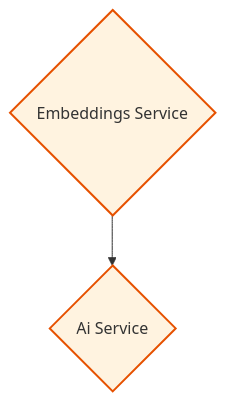
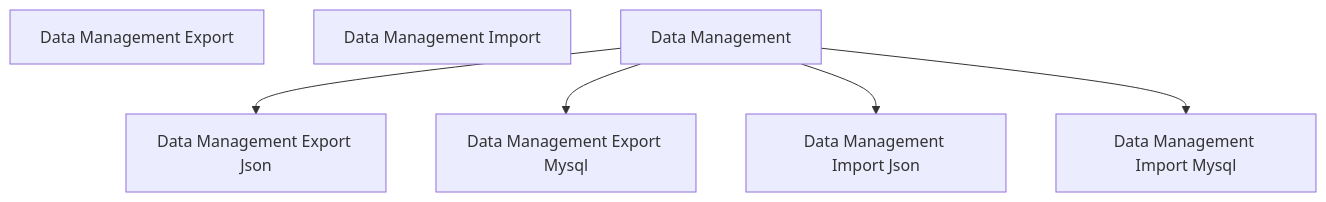
Before and after one commit to rpnunez/wp-ai-scheduler: diagram 14 of 19 in docs/feature-report.md, drawn with Mermaid. The commit also changed other lines of this file and 2 other files, not shown here.

````diff
--- a/docs/feature-report.md
+++ b/docs/feature-report.md
@@ -382,14 +734,21 @@
 ```mermaid
 flowchart TD
-    %% AI Integration Architecture
+    %% Data Management Architecture
 
-    AI_Service{"Ai Service"}
-    Embeddings_Service{"Embeddings Service"}
+    Data_Management_Export_JSON["Data Management Export Json"]
+    Data_Management_Export_MySQL["Data Management Export Mysql"]
+    Data_Management_Export["Data Management Export"]
+    Data_Management_Import_JSON["Data Management Import Json"]
+    Data_Management_Import_MySQL["Data Management Import Mysql"]
+    Data_Management_Import["Data Management Import"]
+    Data_Management["Data Management"]
 
-    Embeddings_Service --> AI_Service
+    Data_Management --> Data_Management_Export_JSON
+    Data_Management --> Data_Management_Export_MySQL
+    Data_Management --> Data_Management_Import_JSON
+    Data_Management --> Data_Management_Import_MySQL
 
     classDef repository fill:#e1f5ff,stroke:#01579b,stroke-width:2px
     classDef service fill:#fff3e0,stroke:#e65100,stroke-width:2px
     classDef controller fill:#f3e5f5,stroke:#4a148c,stroke-width:2px
-    class AI_Service,Embeddings_Service service
 ```
````
